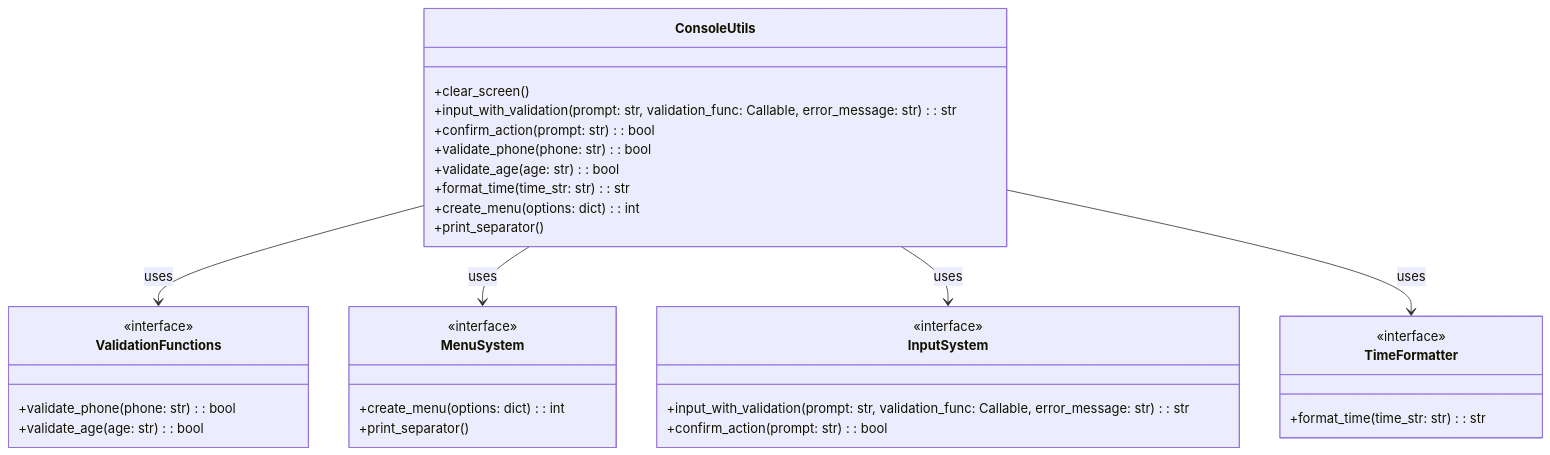
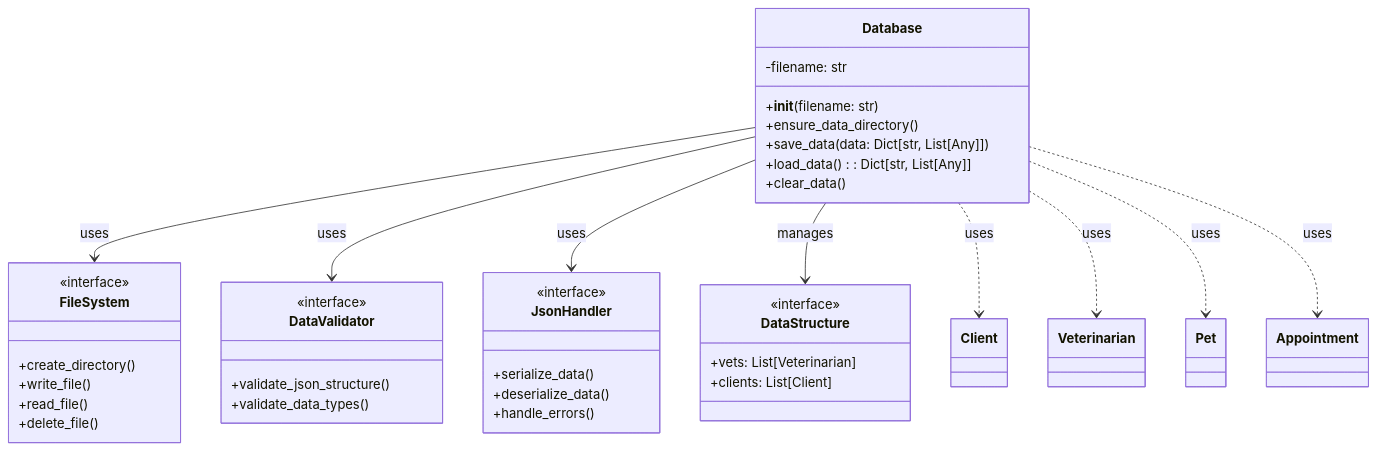
Before and after one commit to DanuloChavs/123: the diagram in README (3).md, drawn with Mermaid.

````diff
--- a/README (3).md
+++ b/README (3).md
@@ -81,41 +81,47 @@
 ```mermaid
 classDiagram
-    class ConsoleUtils {
-        +clear_screen()
-        +input_with_validation(prompt: str, validation_func: Callable, error_message: str): str
-        +confirm_action(prompt: str): bool
-        +validate_phone(phone: str): bool
-        +validate_age(age: str): bool
-        +format_time(time_str: str): str
-        +create_menu(options: dict): int
-        +print_separator()
+    class Database {
+        -filename: str
+        +__init__(filename: str)
+        +ensure_data_directory()
+        +save_data(data: Dict[str, List[Any]])
+        +load_data(): Dict[str, List[Any]]
+        +clear_data()
     }
 
-    class ValidationFunctions {
+    class FileSystem {
         <<interface>>
-        +validate_phone(phone: str): bool
-        +validate_age(age: str): bool
+        +create_directory()
+        +write_file()
+        +read_file()
+        +delete_file()
     }
 
-    class MenuSystem {
+    class DataValidator {
         <<interface>>
-        +create_menu(options: dict): int
-        +print_separator()
+        +validate_json_structure()
+        +validate_data_types()
     }
 
-    class InputSystem {
+    class JsonHandler {
         <<interface>>
-        +input_with_validation(prompt: str, validation_func: Callable, error_message: str): str
-        +confirm_action(prompt: str): bool
+        +serialize_data()
+        +deserialize_data()
+        +handle_errors()
     }
 
-    class TimeFormatter {
+    class DataStructure {
         <<interface>>
-        +format_time(time_str: str): str
+        +vets: List[Veterinarian]
+        +clients: List[Client]
     }
 
-    ConsoleUtils --> ValidationFunctions : uses
-    ConsoleUtils --> MenuSystem : uses
-    ConsoleUtils --> InputSystem : uses
-    ConsoleUtils --> TimeFormatter : uses
+    Database --> FileSystem : uses
+    Database --> DataValidator : uses
+    Database --> JsonHandler : uses
+    Database --> DataStructure : manages
+    Database ..> Client : uses
+    Database ..> Veterinarian : uses
+    Database ..> Pet : uses
+    Database ..> Appointment : uses
 ```
````
